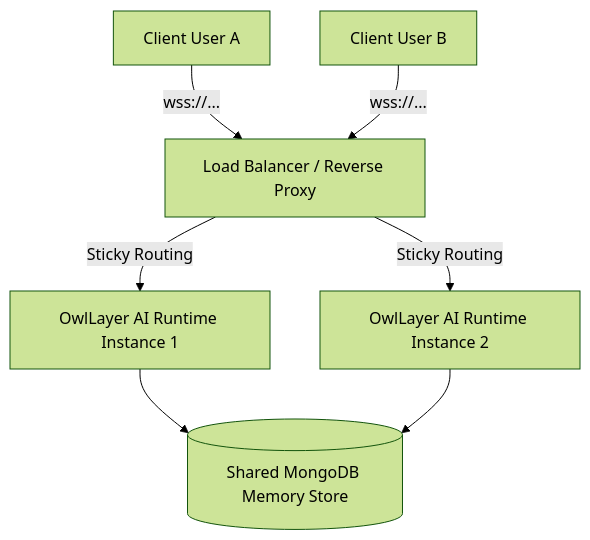
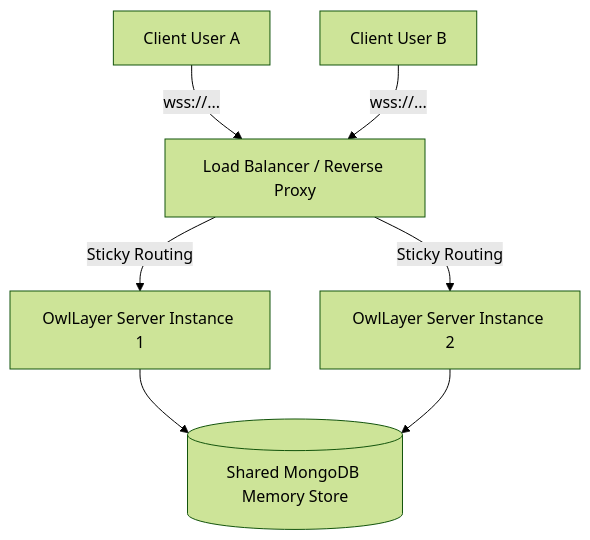
Before and after one commit to borisbob91/owllayer: the diagram in docs-site/production-deployment.md, drawn with Mermaid (forest theme). The commit also changed other lines of this file and 22 other files, not shown here.

Commit message:
docs(site): correct OwlLayer terminology

````diff
--- a/docs-site/production-deployment.md
+++ b/docs-site/production-deployment.md
@@ -51,9 +51,9 @@
 ```mermaid
 graph TD
     UserA[Client User A] -->|wss://...| LB[Load Balancer / Reverse Proxy]
     UserB[Client User B] -->|wss://...| LB
-    LB -->|Sticky Routing| Serv1[OwlLayer AI Runtime Instance 1]
-    LB -->|Sticky Routing| Serv2[OwlLayer AI Runtime Instance 2]
+    LB -->|Sticky Routing| Serv1[OwlLayer Server Instance 1]
+    LB -->|Sticky Routing| Serv2[OwlLayer Server Instance 2]
     Serv1 --> DB[(Shared MongoDB Memory Store)]
     Serv2 --> DB
 ```
````
